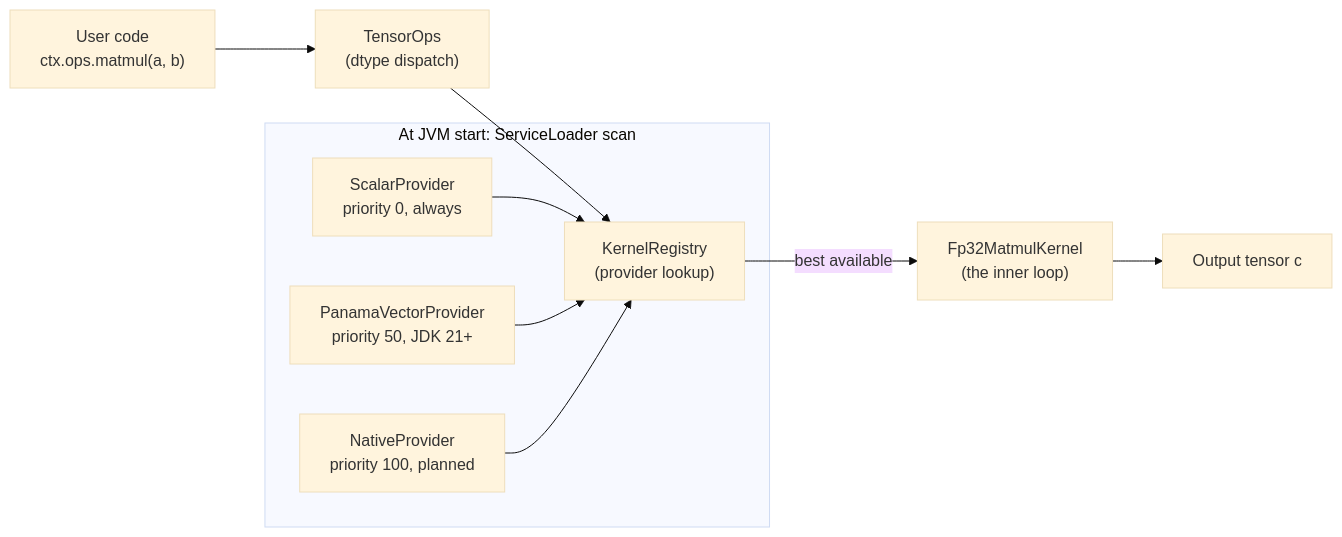
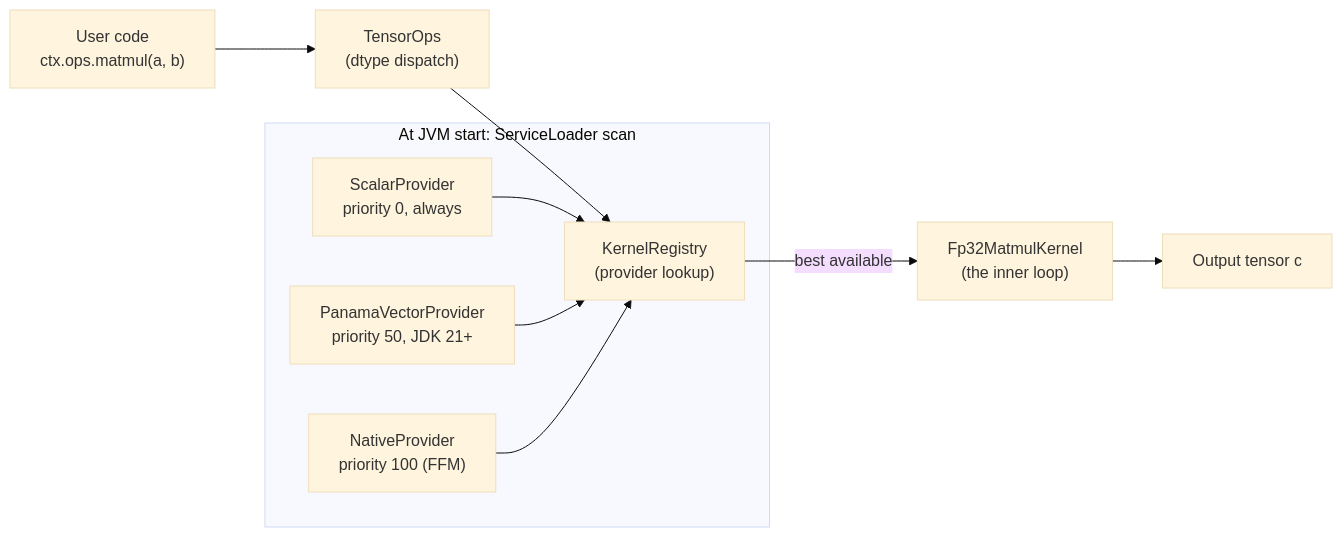
Before and after one commit to SKaiNET-developers/SKaiNET: the first of 8 diagrams in docs/modules/ROOT/pages/contributing/matmul-kernels.adoc, drawn with Mermaid (base theme). The commit also changed 25 other files, not shown here.

```diff
--- a/docs/modules/ROOT/pages/contributing/matmul-kernels.adoc
+++ b/docs/modules/ROOT/pages/contributing/matmul-kernels.adoc
@@ -136,17 +136,17 @@
 [mermaid]
 ....
 flowchart LR
     User["User code<br/>ctx.ops.matmul(a, b)"] --> Ops["TensorOps<br/>(dtype dispatch)"]
     Ops --> Registry["KernelRegistry<br/>(provider lookup)"]
     Registry -- best available --> Kernel["Fp32MatmulKernel<br/>(the inner loop)"]
     Kernel --> Out["Output tensor c"]
 
     subgraph Selection["At JVM start: ServiceLoader scan"]
         P1["ScalarProvider<br/>priority 0, always"]
         P2["PanamaVectorProvider<br/>priority 50, JDK 21+"]
-        P3["NativeProvider<br/>priority 100, planned"]
+        P3["NativeProvider<br/>priority 100 (FFM)"]
         P1 --> Registry
         P2 --> Registry
         P3 --> Registry
     end
 ....
```
